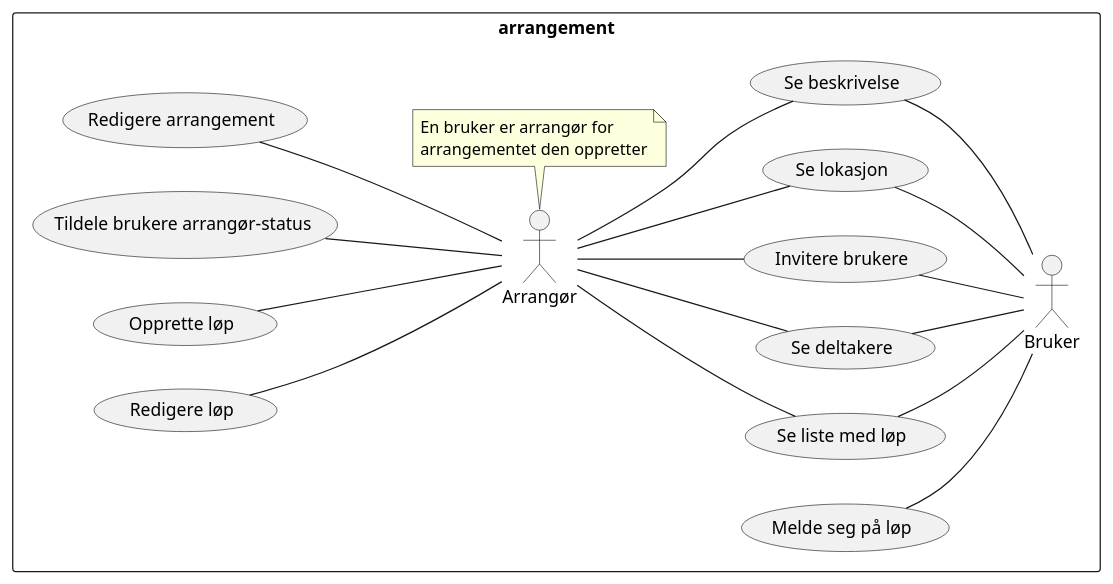
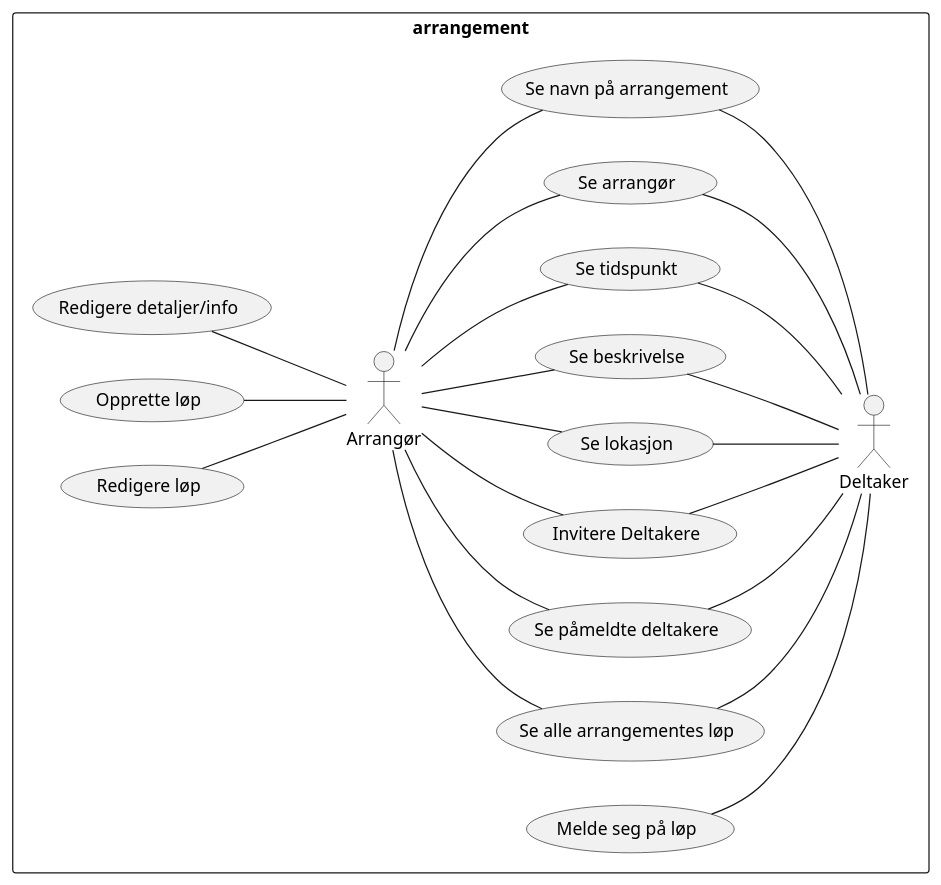
Before and after one commit to GossipDolphin/software_prosjekt_18: the diagram in diagrammer/use cases/arrangement.puml, drawn with PlantUML.

Commit message:
Skrev om use caset, slik at det gjenspeiler det vi har kommet fram til.

```diff
--- a/diagrammer/use cases/arrangement.puml
+++ b/diagrammer/use cases/arrangement.puml
@@ -1,32 +1,32 @@
  @startuml
 left to right direction
 skinparam packageStyle rectangle
 
 rectangle arrangement {
 :Arrangør:
-note bottom of Arrangør
-    En bruker er arrangør for
-    arrangementet den oppretter
-end note
 
-Arrangør -- (Se liste med løp)
 Arrangør -up- (Redigere løp)
 Arrangør -up- (Opprette løp)
-Arrangør -up- (Tildele brukere arrangør-status)
-Arrangør -- (Se deltakere)
-Arrangør -- (Invitere brukere)
+Arrangør -up- (Redigere detaljer/info)
+Arrangør -- (Se alle arrangementes løp)
+Arrangør -- (Se påmeldte deltakere)
+Arrangør -- (Invitere Deltakere)
 Arrangør -- (Se lokasjon)
 Arrangør -- (Se beskrivelse)
-Arrangør -up- (Redigere arrangement)
+Arrangør -- (Se tidspunkt)
+Arrangør -- (Se arrangør)
+Arrangør -- (Se navn på arrangement)
 
+:Deltaker:
 
-:Bruker:
-
-(Se deltakere) -- Bruker
-(Invitere brukere) -- Bruker
-(Se liste med løp) -- Bruker
-(Se beskrivelse) -- Bruker
-(Melde seg på løp) -- Bruker
-(Se lokasjon) -- Bruker
+(Se navn på arrangement) -- Deltaker
+(Se arrangør) -- Deltaker
+(Se tidspunkt) -- Deltaker
+(Se påmeldte deltakere) -- Deltaker
+(Invitere Deltakere) -- Deltaker
+(Se alle arrangementes løp) -- Deltaker
+(Se beskrivelse) -- Deltaker
+(Melde seg på løp) -- Deltaker
+(Se lokasjon) -- Deltaker
 }
  @enduml
```
